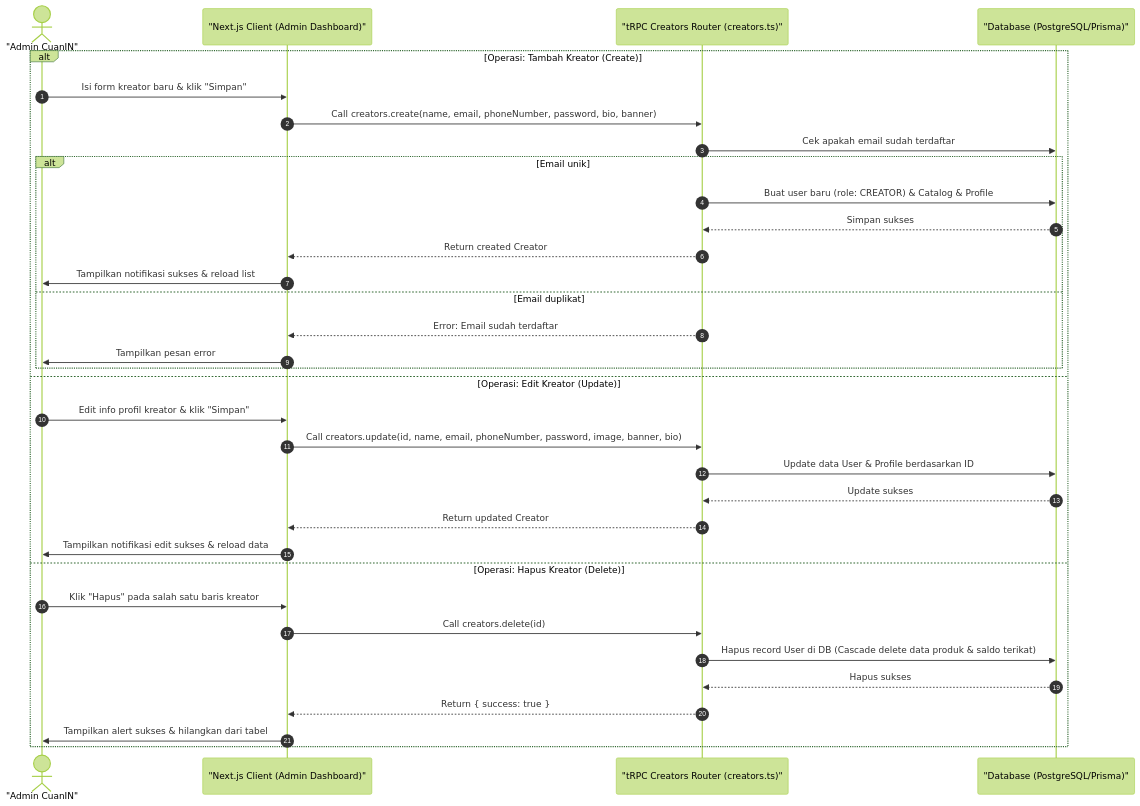
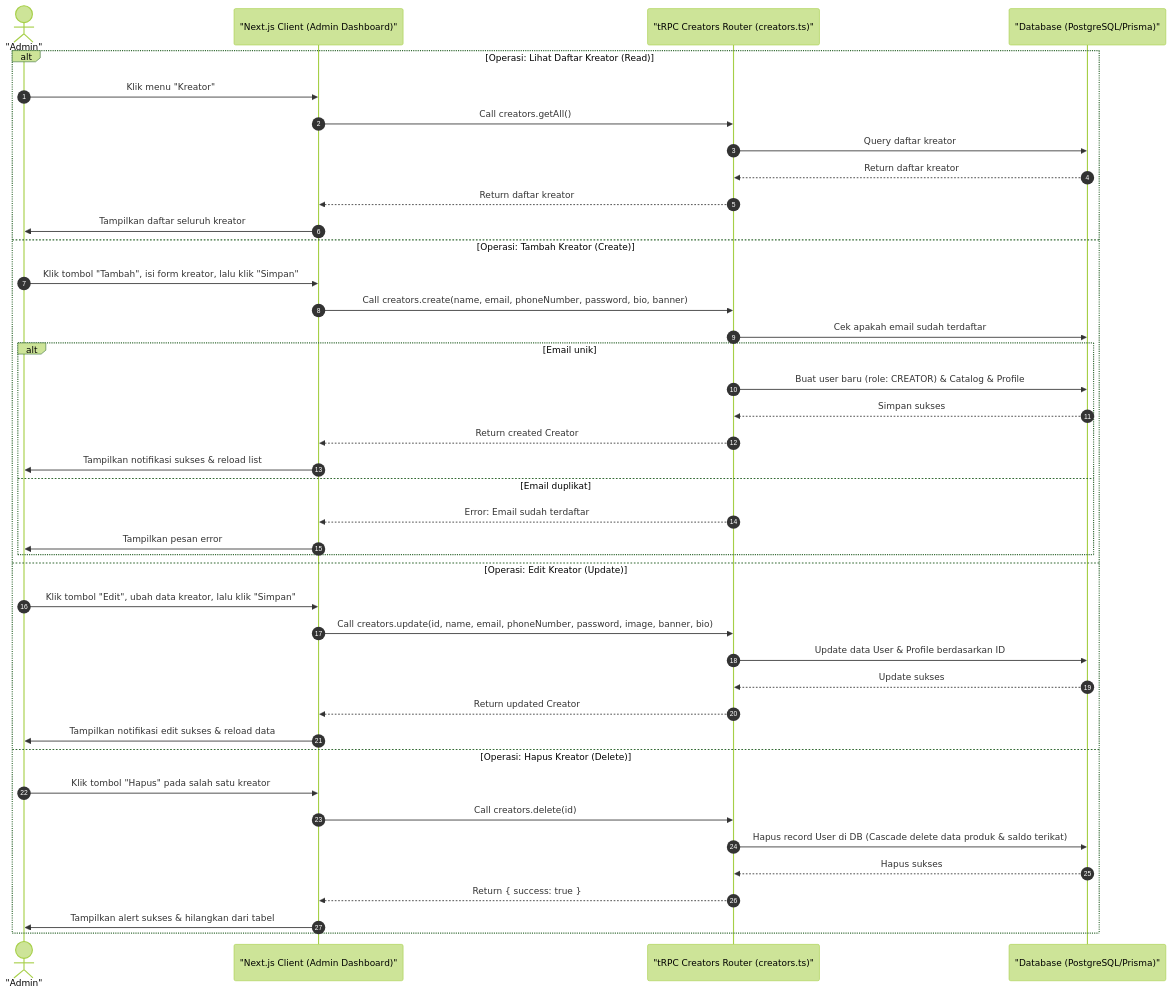
The third of 3 diagrams in docs/laporan-kelola-data-crud.md (luputer/CuanIN), drawn with Mermaid (forest theme) before and after one commit. The commit also changed other lines of this file and 53 other files, not shown here.

````diff
--- a/docs/laporan-kelola-data-crud.md
+++ b/docs/laporan-kelola-data-crud.md
@@ -106,39 +122,47 @@
 ```mermaid
 sequenceDiagram
     autonumber
-    actor Admin as "Admin CuanIN"
+    actor Admin as "Admin"
     participant Client as "Next.js Client (Admin Dashboard)"
     participant Server as "tRPC Creators Router (creators.ts)"
     participant DB as "Database (PostgreSQL/Prisma)"
 
-    alt Operasi: Tambah Kreator (Create)
-        Admin->>Client: Isi form kreator baru & klik "Simpan"
+    alt Operasi: Lihat Daftar Kreator (Read)
+        Admin->>Client: Klik menu "Kreator"
+        Client->>Server: Call creators.getAll()
+        Server->>DB: Query daftar kreator
+        DB-->>Server: Return daftar kreator
+        Server-->>Client: Return daftar kreator
+        Client->>Admin: Tampilkan daftar seluruh kreator
+
+    else Operasi: Tambah Kreator (Create)
+        Admin->>Client: Klik tombol "Tambah", isi form kreator, lalu klik "Simpan"
         Client->>Server: Call creators.create(name, email, phoneNumber, password, bio, banner)
         Server->>DB: Cek apakah email sudah terdaftar
         alt Email unik
             Server->>DB: Buat user baru (role: CREATOR) & Catalog & Profile
             DB-->>Server: Simpan sukses
             Server-->>Client: Return created Creator
             Client->>Admin: Tampilkan notifikasi sukses & reload list
         else Email duplikat
             Server-->>Client: Error: Email sudah terdaftar
             Client->>Admin: Tampilkan pesan error
         end
 
     else Operasi: Edit Kreator (Update)
-        Admin->>Client: Edit info profil kreator & klik "Simpan"
+        Admin->>Client: Klik tombol "Edit", ubah data kreator, lalu klik "Simpan"
         Client->>Server: Call creators.update(id, name, email, phoneNumber, password, image, banner, bio)
         Server->>DB: Update data User & Profile berdasarkan ID
         DB-->>Server: Update sukses
         Server-->>Client: Return updated Creator
         Client->>Admin: Tampilkan notifikasi edit sukses & reload data
 
     else Operasi: Hapus Kreator (Delete)
-        Admin->>Client: Klik "Hapus" pada salah satu baris kreator
+        Admin->>Client: Klik tombol "Hapus" pada salah satu kreator
         Client->>Server: Call creators.delete(id)
         Server->>DB: Hapus record User di DB (Cascade delete data produk & saldo terikat)
         DB-->>Server: Hapus sukses
         Server-->>Client: Return { success: true }
         Client->>Admin: Tampilkan alert sukses & hilangkan dari tabel
     end
 ```
````
